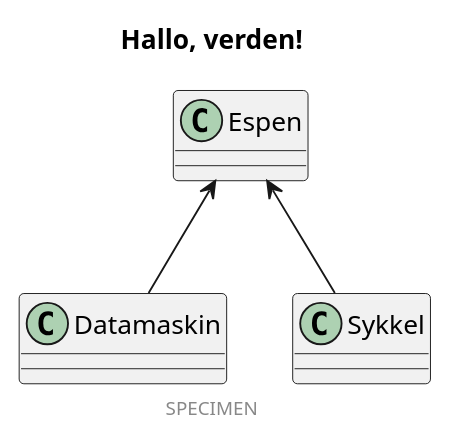
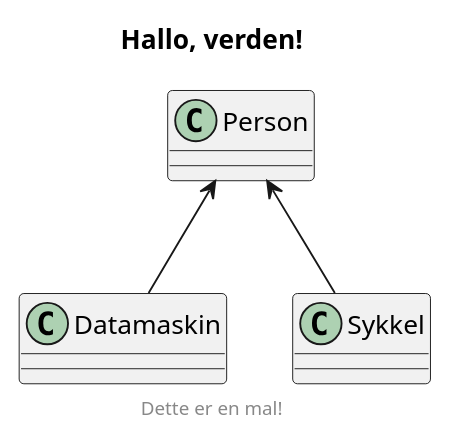
Before and after one commit to HL7Norway/ig-mal: the diagram in input/images/test.puml, drawn with PlantUML.

Commit message:
Test av action plant-uml.yml

```diff
--- a/input/images/test.puml
+++ b/input/images/test.puml
@@ -1,13 +1,13 @@
 @startuml
 
 title Hallo, verden!
-footer SPECIMEN
+footer Dette er en mal!
 
-class Espen
+class Person
 class Datamaskin
 class Sykkel
 
-Espen <-- Datamaskin
-Espen <-- Sykkel
+Person <-- Datamaskin
+Person <-- Sykkel
 
 @enduml
```
